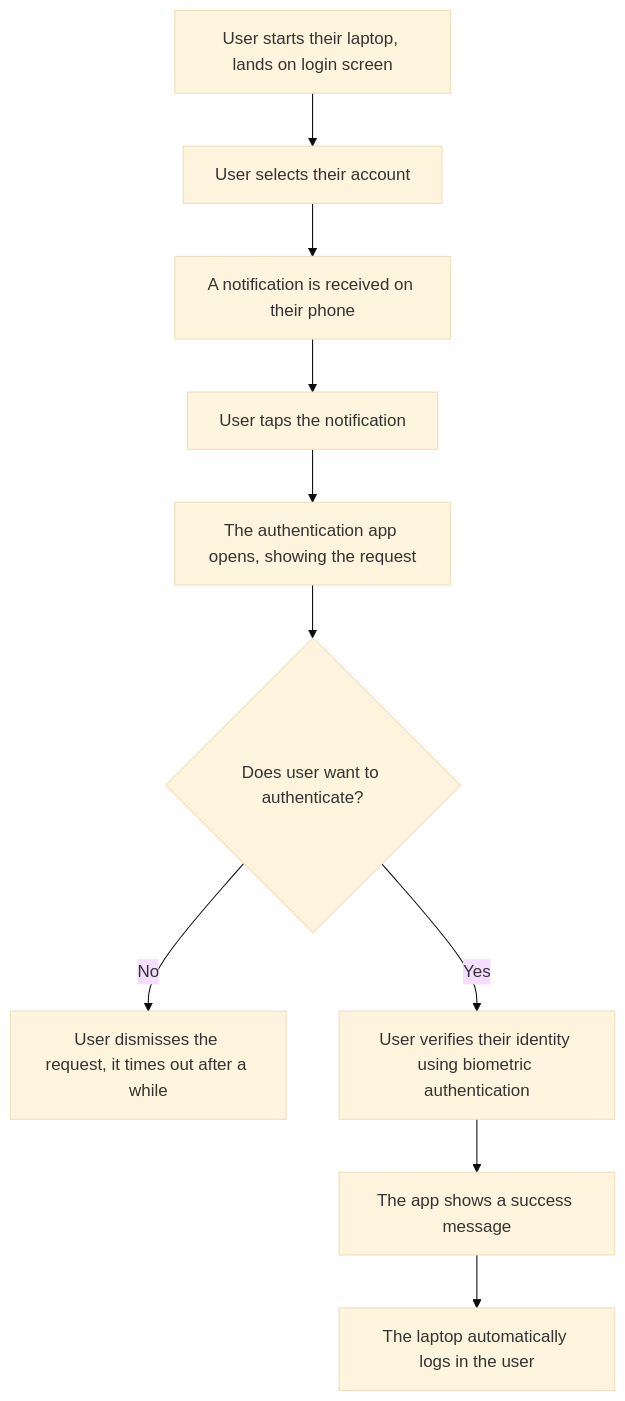
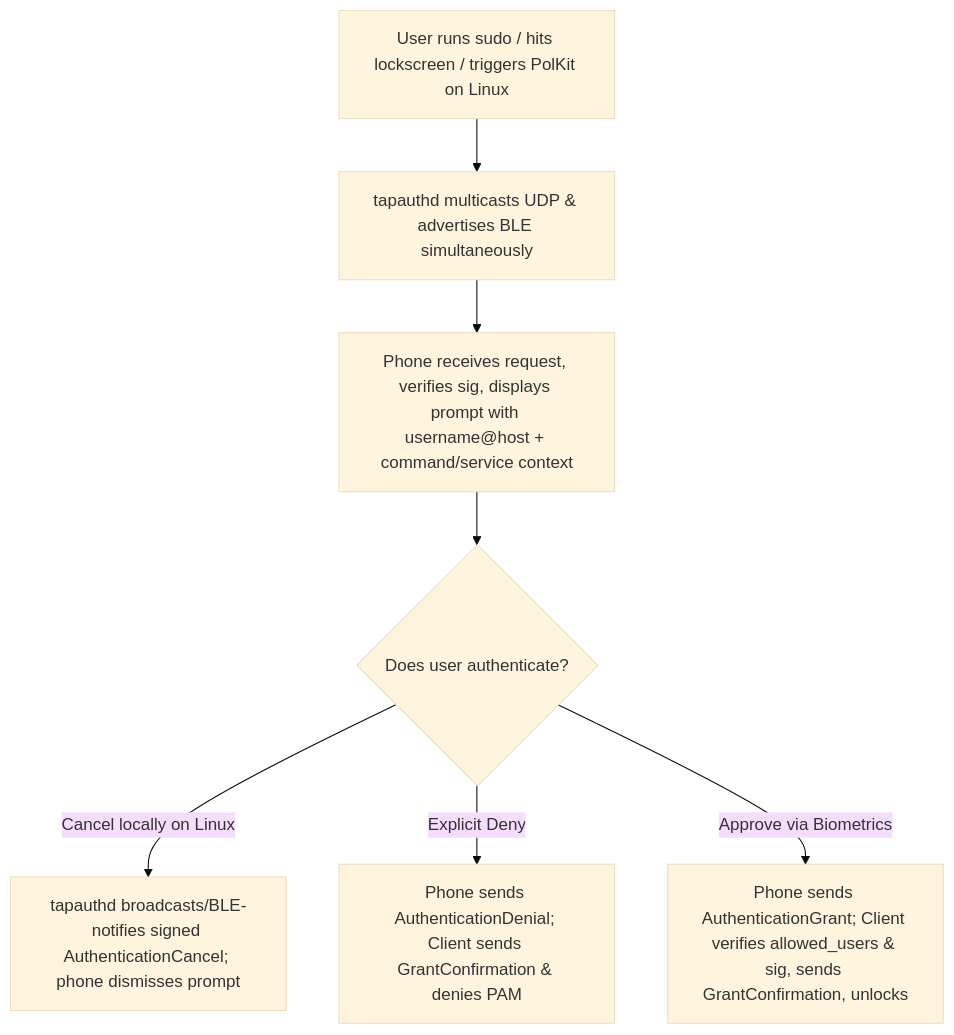
Before and after one commit to Lolle2000la/tapauth: the second of 2 diagrams in docs/design-documents/protocol/user-authentication-flow.md, drawn with Mermaid (base theme). The commit also changed other lines of this file and 8 other files, not shown here.

Commit message:
docs(protocol): specify TapAuth protocol v2 schemas and design docs

````diff
--- a/docs/design-documents/protocol/user-authentication-flow.md
+++ b/docs/design-documents/protocol/user-authentication-flow.md
@@ -21,12 +24,9 @@
 ```mermaid
 flowchart TD
-    A[User starts their laptop, lands on login screen] --> B[User selects their account]
-    B --> C[A notification is received on their phone]
-    C --> D[User taps the notification]
-    D --> E[The authentication app opens, showing the request]
-    E --> F{Does user want to authenticate?}
-    F -- No --> G[User dismisses the request, it times out after a while]
-    F -- Yes --> H[User verifies their identity using biometric authentication]
-    H --> I[The app shows a success message]
-    I --> J[The laptop automatically logs in the user]
+    A[User runs sudo / hits lockscreen / triggers PolKit on Linux] --> B[tapauthd multicasts UDP & advertises BLE simultaneously]
+    B --> C[Phone receives request, verifies sig, displays prompt with username@host + command/service context]
+    C --> D{Does user authenticate?}
+    D -- Cancel locally on Linux --> E[tapauthd broadcasts/BLE-notifies signed AuthenticationCancel; phone dismisses prompt]
+    D -- Explicit Deny --> F[Phone sends AuthenticationDenial; Client sends GrantConfirmation & denies PAM]
+    D -- Approve via Biometrics --> G[Phone sends AuthenticationGrant; Client verifies allowed_users & sig, sends GrantConfirmation, unlocks]
 ```
````
